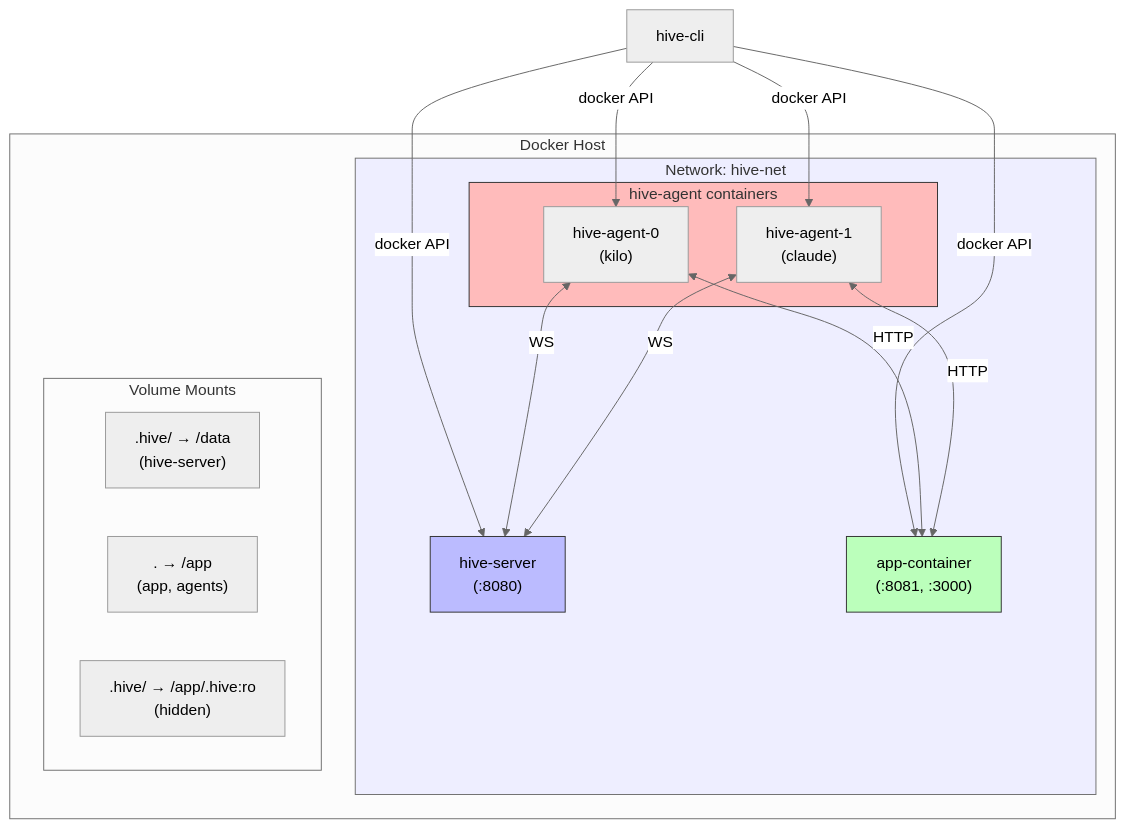
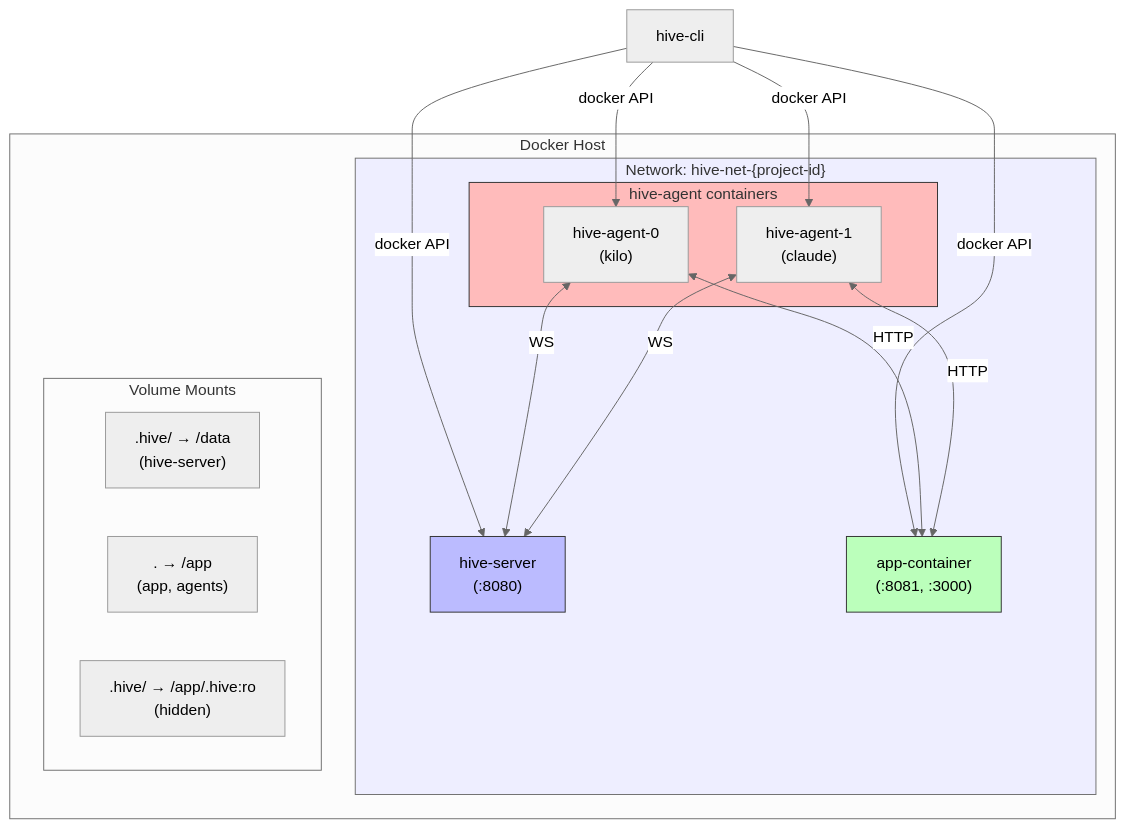
Before and after one commit to hivemind-ai-core/the-hive: the first of 2 diagrams in spec/05-docker.md, drawn with Mermaid (neutral theme). The commit also changed other lines of this file and 82 other files, not shown here.

````diff
--- a/spec/05-docker.md
+++ b/spec/05-docker.md
@@ -12,36 +46,36 @@
 ```mermaid
 flowchart TB
     subgraph DockerHost["Docker Host"]
-        subgraph Network["Network: hive-net"]
+        subgraph Network["Network: hive-net-{project-id}"]
             Server["hive-server<br/>(:8080)"]
             App["app-container<br/>(:8081, :3000)"]
-            
+
             subgraph Agents["hive-agent containers"]
                 A0["hive-agent-0<br/>(kilo)"]
                 A1["hive-agent-1<br/>(claude)"]
             end
         end
-        
+
         subgraph Volumes["Volume Mounts"]
             V1[".hive/ → /data<br/>(hive-server)"]
             V2[". → /app<br/>(app, agents)"]
             V3[".hive/ → /app/.hive:ro<br/>(hidden)"]
         end
     end
-    
+
     HostCLI["hive-cli"] -->|"docker API"| Server
     HostCLI -->|"docker API"| App
     HostCLI -->|"docker API"| A0
     HostCLI -->|"docker API"| A1
-    
+
     A0 <-->|"WS"| Server
     A1 <-->|"WS"| Server
-    
+
     A0 <-->|"HTTP"| App
     A1 <-->|"HTTP"| App
-    
+
     style Network fill:#eef
     style Server fill:#bbf,stroke:#333
     style App fill:#bfb,stroke:#333
     style Agents fill:#fbb,stroke:#333
 ```
````
